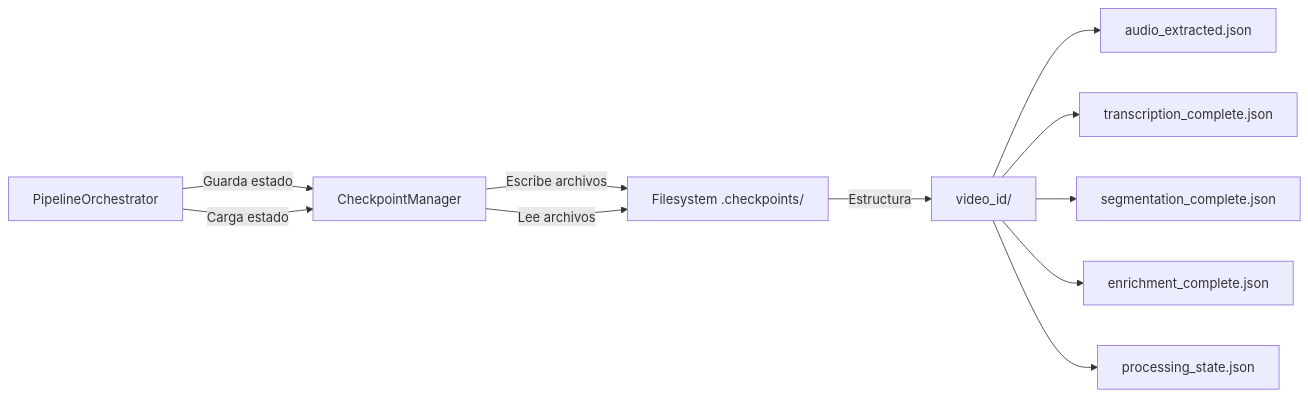
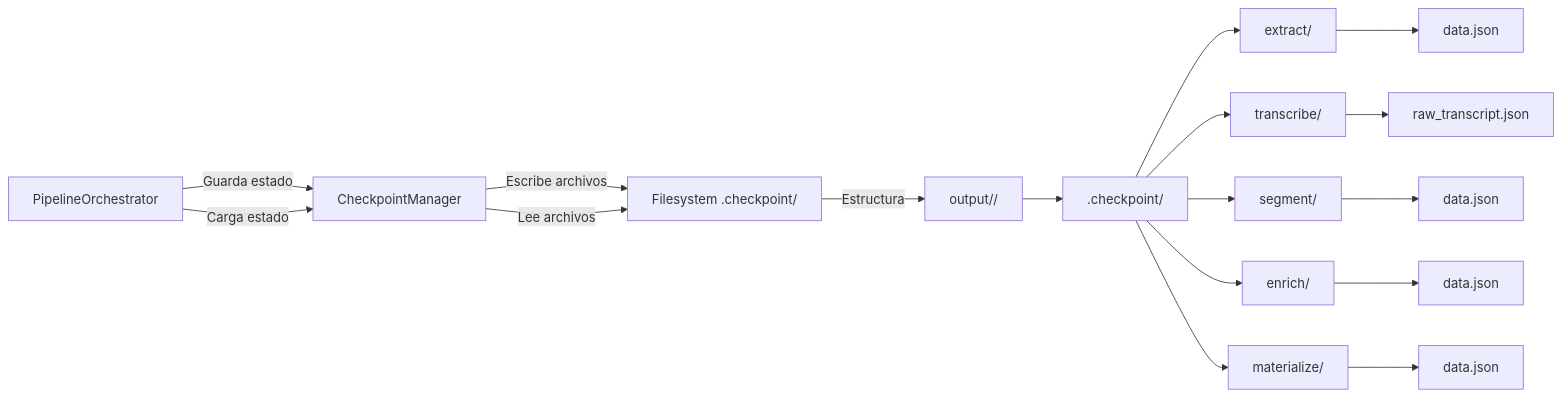
The diagram in docs/Patrones_y_Mecanismos_Internos/Checkpointing_Resumable.md (dlfinis/echo-bering), drawn with Mermaid before and after one commit. The commit also changed other lines of this file and 13 other files, not shown here.

````diff
--- a/docs/Patrones_y_Mecanismos_Internos/Checkpointing_Resumable.md
+++ b/docs/Patrones_y_Mecanismos_Internos/Checkpointing_Resumable.md
@@ -17,13 +17,19 @@
 ```mermaid
 graph LR
     A[PipelineOrchestrator] -->|Guarda estado| B[CheckpointManager]
     A -->|Carga estado| B
-    B -->|Escribe archivos| C[Filesystem .checkpoints/]
+    B -->|Escribe archivos| C[Filesystem .checkpoint/]
     B -->|Lee archivos| C
-    C -->|Estructura| D[video_id/]
-    D --> E[audio_extracted.json]
-    D --> F[transcription_complete.json]
-    D --> G[segmentation_complete.json]
-    D --> H[enrichment_complete.json]
-    D --> I[processing_state.json]
+    C -->|Estructura| D[output/<project_name>/]
+    D --> E[.checkpoint/]
+    E --> F[extract/]
+    E --> G[transcribe/]
+    E --> H[segment/]
+    E --> I[enrich/]
+    E --> J[materialize/]
+    F --> K[data.json]
+    G --> L[raw_transcript.json]
+    H --> M[data.json]
+    I --> N[data.json]
+    J --> O[data.json]
 ```
````
